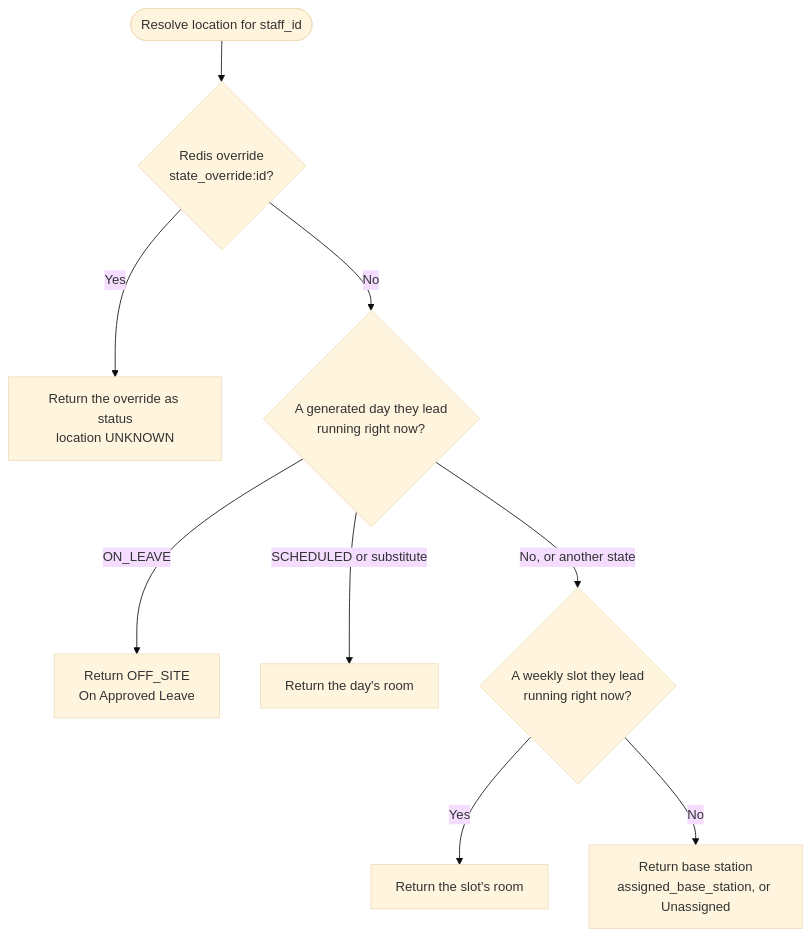
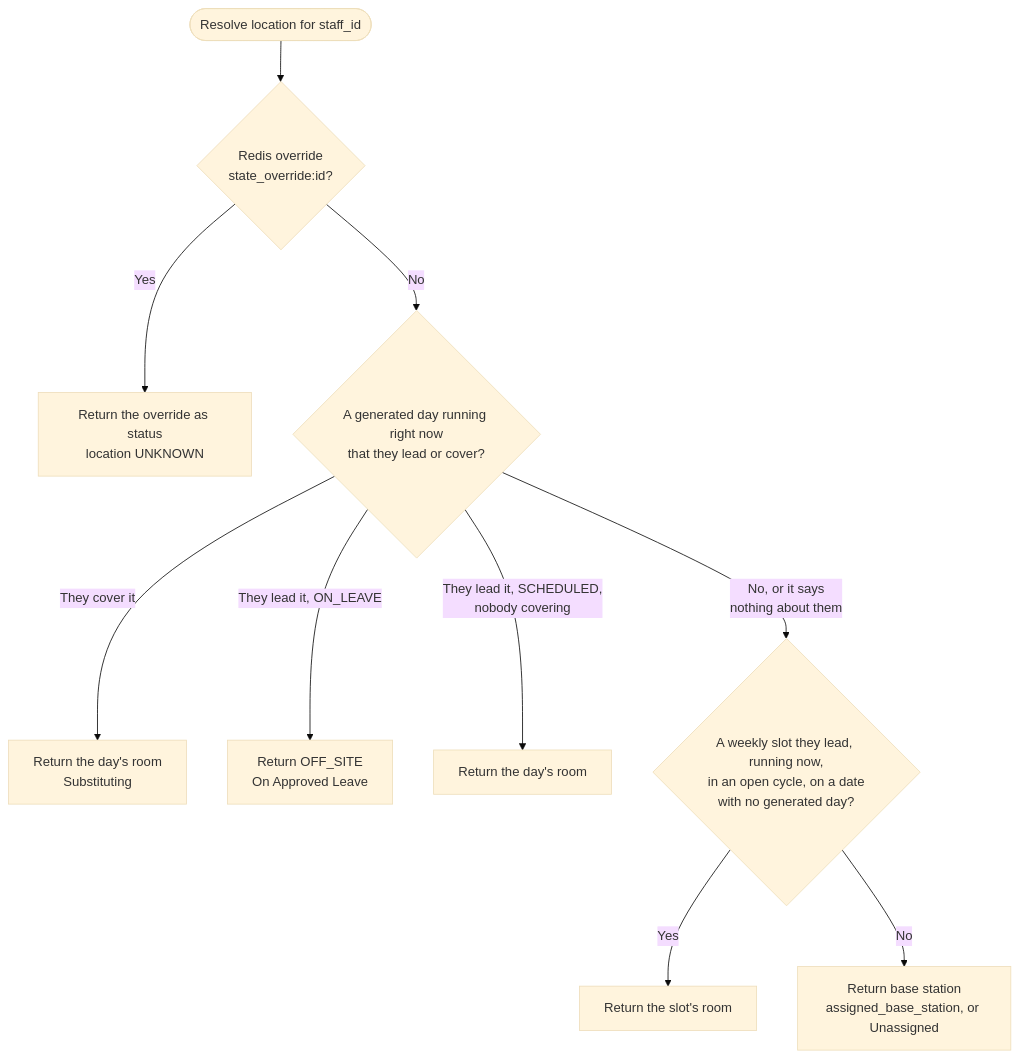
The third of 5 diagrams in docs/architecture.md (Life-Experimentalist/Chronos-Ledger), drawn with Mermaid (base theme) before and after one commit. The commit also changed other lines of this file and 3 other files, not shown here.

First line of the commit message:
fix(schedule): a class somebody covered still put its lead in the room

````diff
--- a/docs/architecture.md
+++ b/docs/architecture.md
@@ -116,19 +116,20 @@
 ```mermaid
 flowchart TD
     Start([Resolve location for staff_id]) --> R1
 
     R1{Redis override<br/>state_override:id?}
     R1 -->|Yes| RET1[Return the override as status<br/>location UNKNOWN]
     R1 -->|No| R2
 
-    R2{A generated day they lead<br/>running right now?}
-    R2 -->|ON_LEAVE| RET2[Return OFF_SITE<br/>On Approved Leave]
-    R2 -->|SCHEDULED or substitute| RET2B[Return the day's room]
-    R2 -->|No, or another state| R3
+    R2{A generated day running right now<br/>that they lead or cover?}
+    R2 -->|They cover it| RET2C[Return the day's room<br/>Substituting]
+    R2 -->|They lead it, ON_LEAVE| RET2[Return OFF_SITE<br/>On Approved Leave]
+    R2 -->|They lead it, SCHEDULED,<br/>nobody covering| RET2B[Return the day's room]
+    R2 -->|No, or it says<br/>nothing about them| R3
 
-    R3{A weekly slot they lead<br/>running right now?}
+    R3{A weekly slot they lead, running now,<br/>in an open cycle, on a date<br/>with no generated day?}
     R3 -->|Yes| RET3[Return the slot's room]
     R3 -->|No| R4
 
     R4[Return base station<br/>assigned_base_station, or Unassigned]
 ```
````
